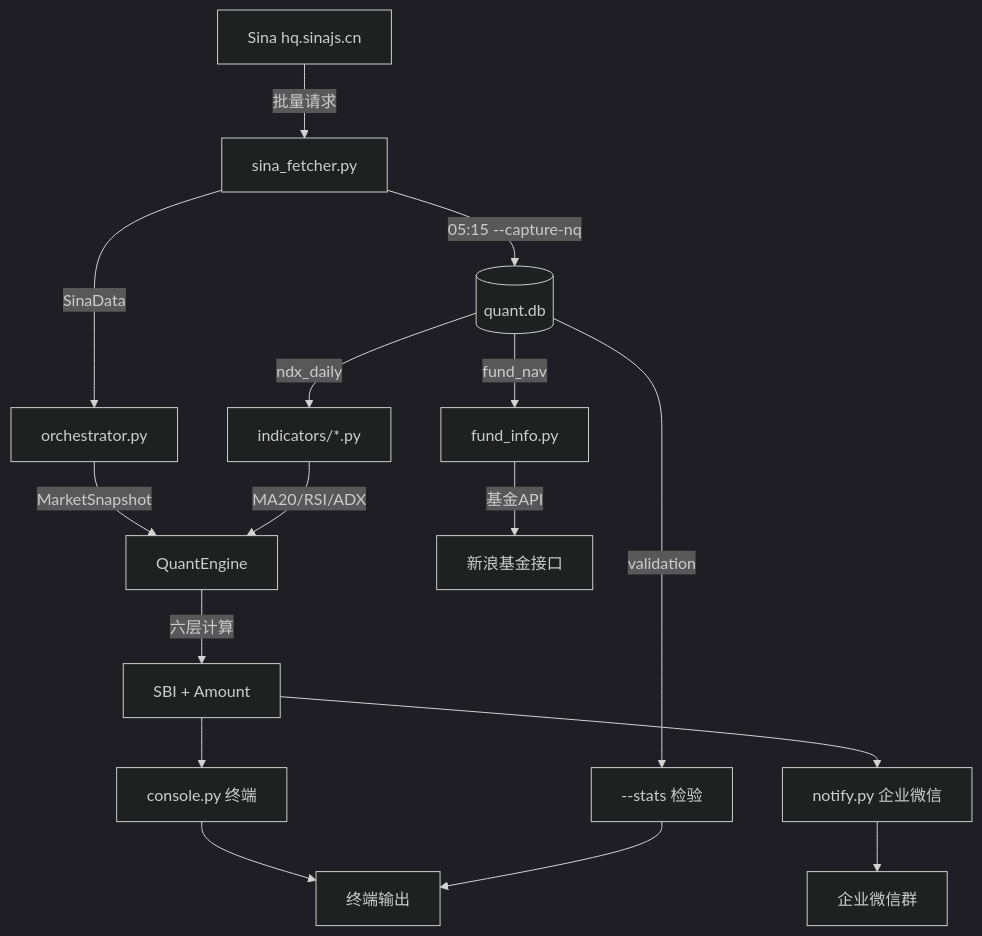
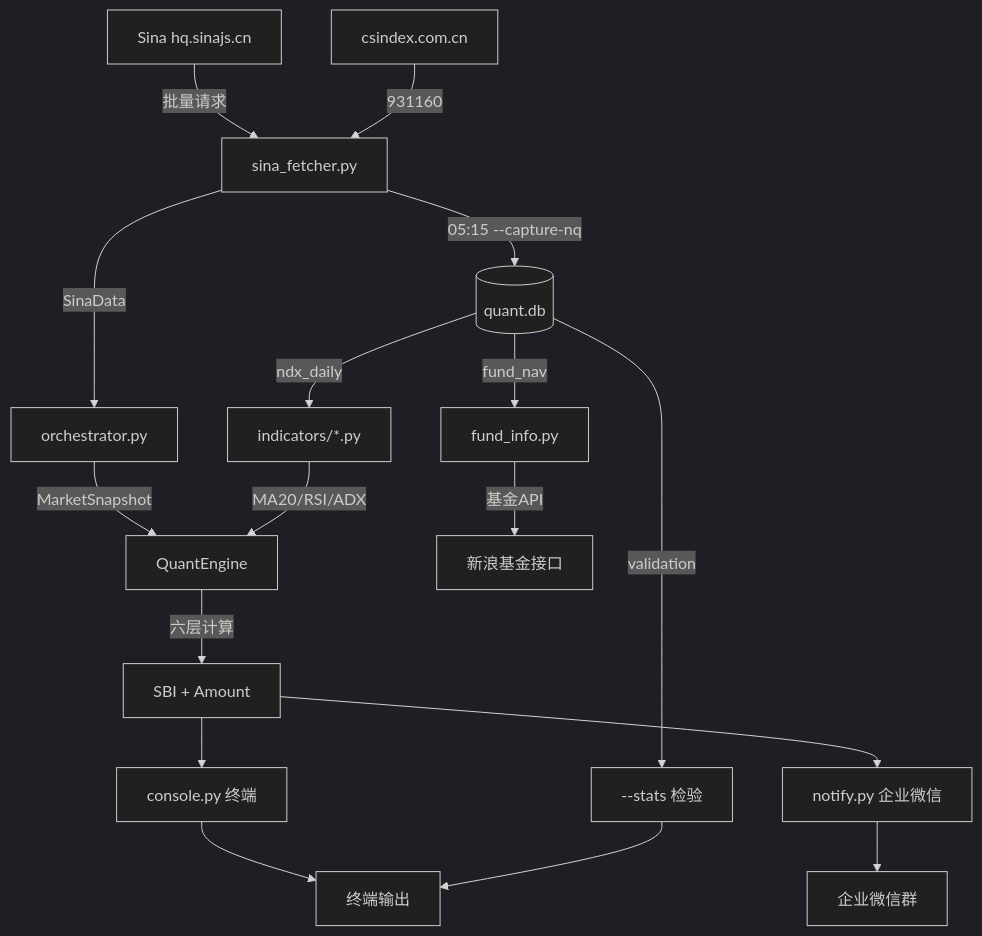
One commit to liuhao666-lucky/yfd_quant changed the diagram in README.md. Above: the diagram before and after it, drawn with Mermaid (dark theme). The commit also changed other lines of this file and 11 other files, not shown here.

````diff
--- a/README.md
+++ b/README.md
@@ -207,20 +219,21 @@
 ```mermaid
 graph TD
     A[Sina hq.sinajs.cn] -->|批量请求| B[sina_fetcher.py]
     B -->|SinaData| C[orchestrator.py]
     C -->|MarketSnapshot| D[QuantEngine]
     D -->|六层计算| E[SBI + Amount]
     E --> F[console.py 终端]
     E --> G[notify.py 企业微信]
     
     B -->|05:15 --capture-nq| H[(quant.db)]
     H -->|ndx_daily| I[indicators/*.py]
     I -->|MA20/RSI/ADX| D
     H -->|validation| J[--stats 检验]
+    A2[csindex.com.cn] -->|931160| B
     H -->|fund_nav| K[fund_info.py]
     K -->|基金API| L[新浪基金接口]
     
     G --> M[企业微信群]
     F --> N[终端输出]
     J --> N
 ```
````
